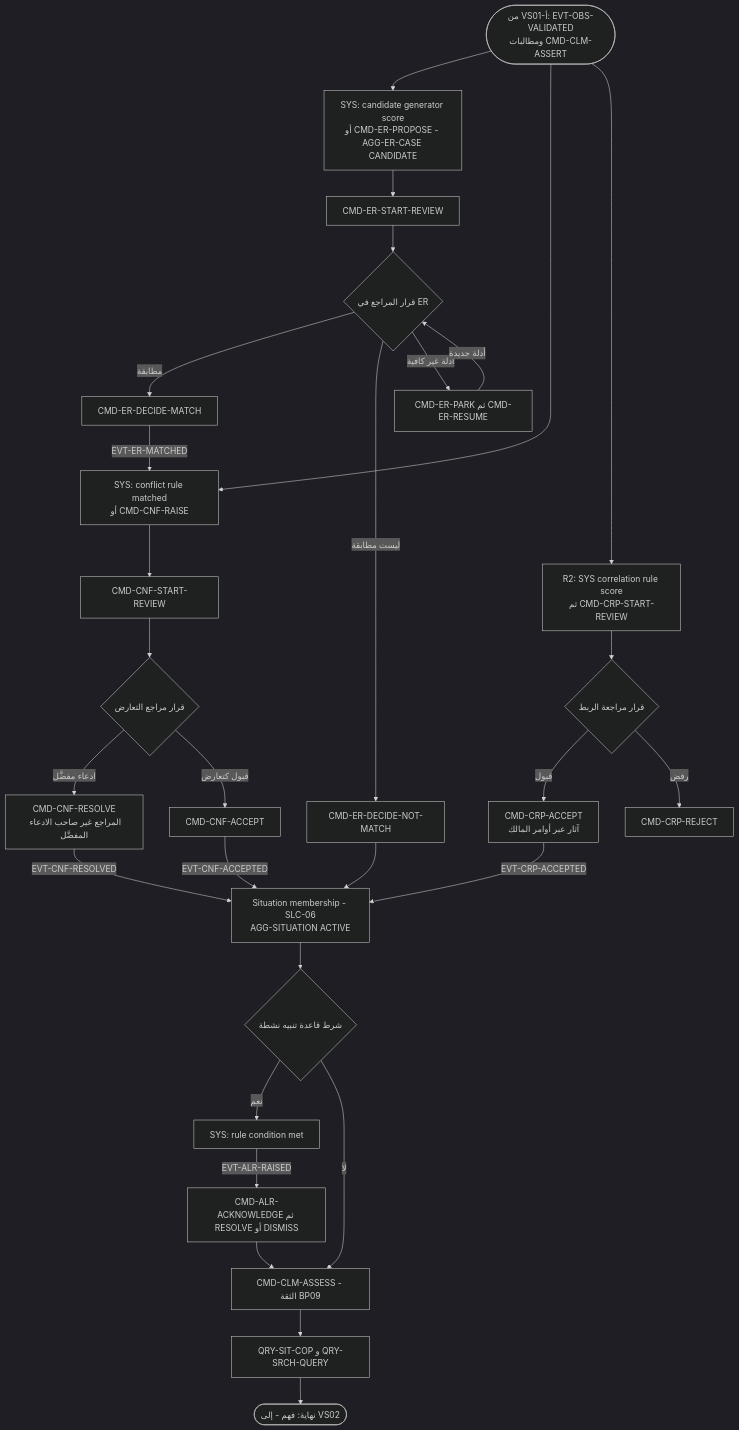
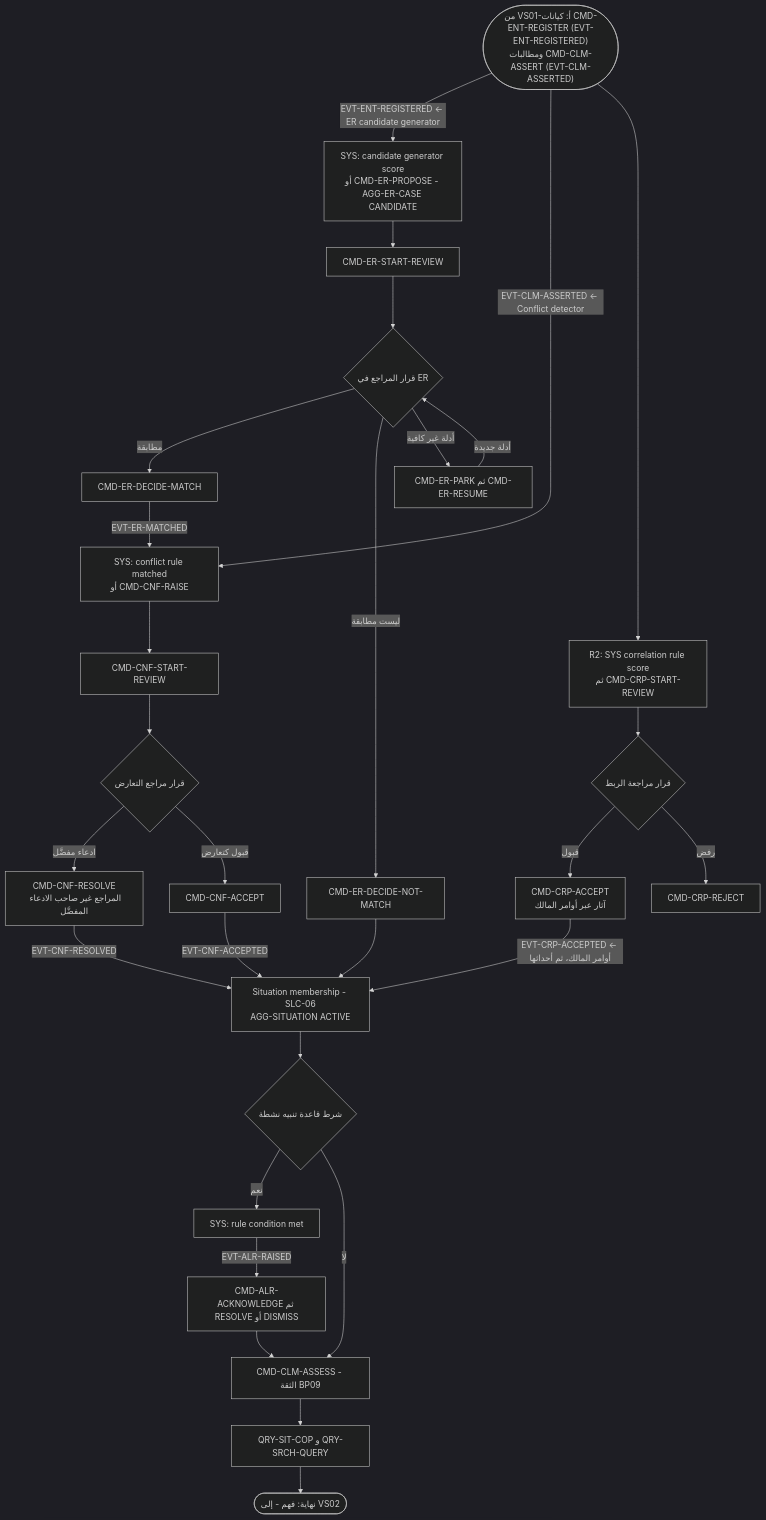
The second of 18 diagrams in spec/18-analysis-design/06-process-models.md (Ayoubkhattab/Planing), drawn with Mermaid (dark theme) before and after one commit. The commit also changed other lines of this file and 3 other files, not shown here.

````diff
--- a/spec/18-analysis-design/06-process-models.md
+++ b/spec/18-analysis-design/06-process-models.md
@@ -101,47 +101,49 @@
 ```mermaid
 flowchart TD
-  S0(["من VS01-أ: EVT-OBS-VALIDATED<br/>ومطالبات CMD-CLM-ASSERT"])
+  S0(["من VS01-أ: كيانات CMD-ENT-REGISTER (EVT-ENT-REGISTERED)<br/>ومطالبات CMD-CLM-ASSERT (EVT-CLM-ASSERTED)"])
   B1["SYS: candidate generator score<br/>أو CMD-ER-PROPOSE - AGG-ER-CASE CANDIDATE"]
   B2["CMD-ER-START-REVIEW"]
   D1{"قرار المراجع في ER"}
   B3["CMD-ER-DECIDE-MATCH"]
   B4["CMD-ER-DECIDE-NOT-MATCH"]
   B5["CMD-ER-PARK ثم CMD-ER-RESUME"]
   C1["SYS: conflict rule matched<br/>أو CMD-CNF-RAISE"]
   C2["CMD-CNF-START-REVIEW"]
   D2{"قرار مراجع التعارض"}
   C3["CMD-CNF-RESOLVE<br/>المراجع غير صاحب الادعاء المفضَّل"]
   C4["CMD-CNF-ACCEPT"]
   R1["R2: SYS correlation rule score<br/>ثم CMD-CRP-START-REVIEW"]
   D3{"قرار مراجعة الربط"}
   R2["CMD-CRP-ACCEPT<br/>آثار عبر أوامر المالك"]
   R3["CMD-CRP-REJECT"]
   M1["Situation membership - SLC-06<br/>AGG-SITUATION ACTIVE"]
   D4{"شرط قاعدة تنبيه نشطة"}
   M2["SYS: rule condition met"]
   M3["CMD-ALR-ACKNOWLEDGE ثم RESOLVE أو DISMISS"]
   M4["CMD-CLM-ASSESS - الثقة BP09"]
   M5["QRY-SIT-COP و QRY-SRCH-QUERY"]
   E1(["نهاية: فهم - إلى VS02"])
-  S0 --> B1 --> B2 --> D1
+  S0 -->|"EVT-ENT-REGISTERED ← ER candidate generator"| B1
+  B1 --> B2 --> D1
   D1 -->|"مطابقة"| B3
   D1 -->|"ليست مطابقة"| B4
   D1 -->|"أدلة غير كافية"| B5
   B5 -->|"أدلة جديدة"| D1
   B3 -->|"EVT-ER-MATCHED"| C1
-  S0 --> C1 --> C2 --> D2
+  S0 -->|"EVT-CLM-ASSERTED ← Conflict detector"| C1
+  C1 --> C2 --> D2
   D2 -->|"ادعاء مفضَّل"| C3
   D2 -->|"قبول كتعارض"| C4
   S0 --> R1 --> D3
   D3 -->|"قبول"| R2
   D3 -->|"رفض"| R3
   C3 -->|"EVT-CNF-RESOLVED"| M1
   C4 -->|"EVT-CNF-ACCEPTED"| M1
-  R2 -->|"EVT-CRP-ACCEPTED"| M1
+  R2 -->|"EVT-CRP-ACCEPTED ← أوامر المالك، ثم أحداثها"| M1
   B4 --> M1
   M1 --> D4
   D4 -->|"نعم"| M2
   M2 -->|"EVT-ALR-RAISED"| M3
   D4 -->|"لا"| M4
   M3 --> M4 --> M5 --> E1
 ```
````
